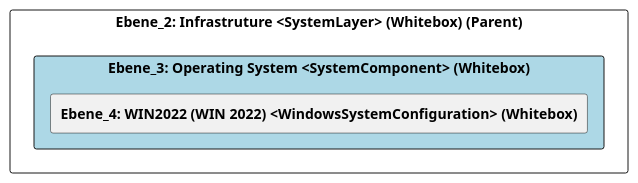
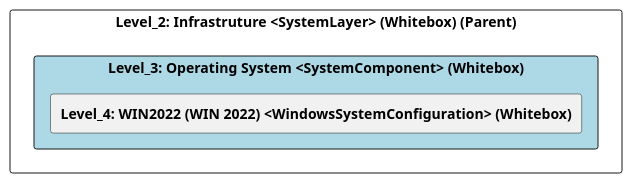
Before and after one commit to marcozwyssig/cleon: the diagram in src/cleon.architecturemethods.arc42.sample/doc/cleon_architecturemethods_arc42_sample_system/adoc/de/05_bausteinsicht/ikt/infrastruture/operating_system/ebene_3_operating system.adoc, drawn with PlantUML. The commit also changed other lines of this file and 169 other files, not shown here.

```diff
--- a/src/cleon.architecturemethods.arc42.sample/doc/cleon_architecturemethods_arc42_sample_system/adoc/de/05_bausteinsicht/ikt/infrastruture/operating_system/ebene_3_operating system.adoc
+++ b/src/cleon.architecturemethods.arc42.sample/doc/cleon_architecturemethods_arc42_sample_system/adoc/de/05_bausteinsicht/ikt/infrastruture/operating_system/ebene_3_operating system.adoc
@@ -24,24 +24,24 @@
-[plantuml, Ebene_3: Operating System <SystemComponent> (Whitebox)BlockOverview, format="svg"]
+[plantuml, Level_3: Operating System <SystemComponent> (Whitebox)BlockOverview, format="svg"]
 ----
-@startuml Ebene_3: Operating System <SystemComponent> (Whitebox)BuildingBlockOverview
+@startuml Level_3: Operating System <SystemComponent> (Whitebox)BuildingBlockOverview
 
 skinparam ranksep 10
 skinparam componentStyle rectangle
 skinparam shadowing false
 skinparam arrowColor lightblue
 skinparam arrowThickness 1.2
 skinparam rectangle {
   BackgroundColor White
   BorderColor #333
   RoundCorner 10
 }
 top to bottom direction
 
-component "Ebene_2: Infrastruture <SystemLayer> (Whitebox) (Parent)" {
-    component "Ebene_3: Operating System <SystemComponent> (Whitebox)" #lightblue {
-        [**Ebene_4: WIN2022 (WIN 2022) <WindowsSystemConfiguration> (Whitebox)**] as 1308A142_BEE7_11EF_8DCB_A78DEF9EA3BD
+component "Level_2: Infrastruture <SystemLayer> (Whitebox) (Parent)" {
+    component "Level_3: Operating System <SystemComponent> (Whitebox)" #lightblue {
+        [**Level_4: WIN2022 (WIN 2022) <WindowsSystemConfiguration> (Whitebox)**] as 1308A142_BEE7_11EF_8DCB_A78DEF9EA3BD
     }
 }
 
 @enduml
 ----
```
